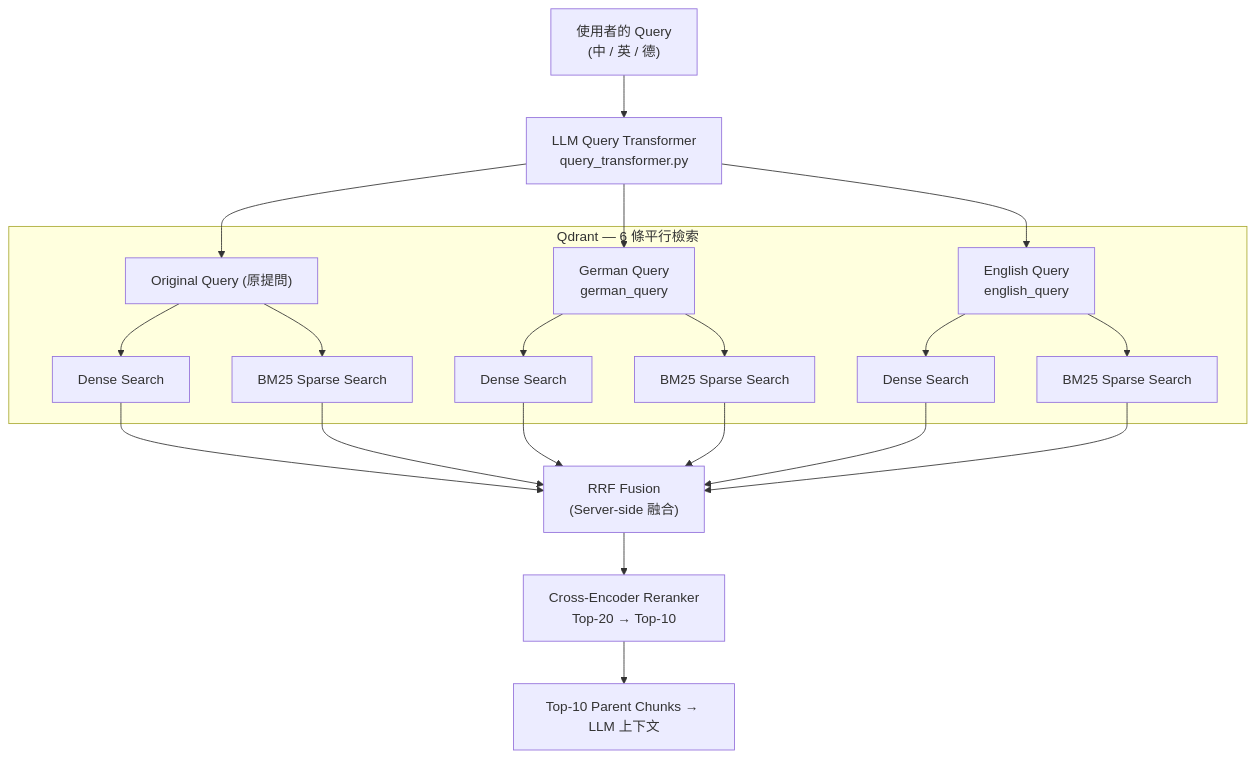
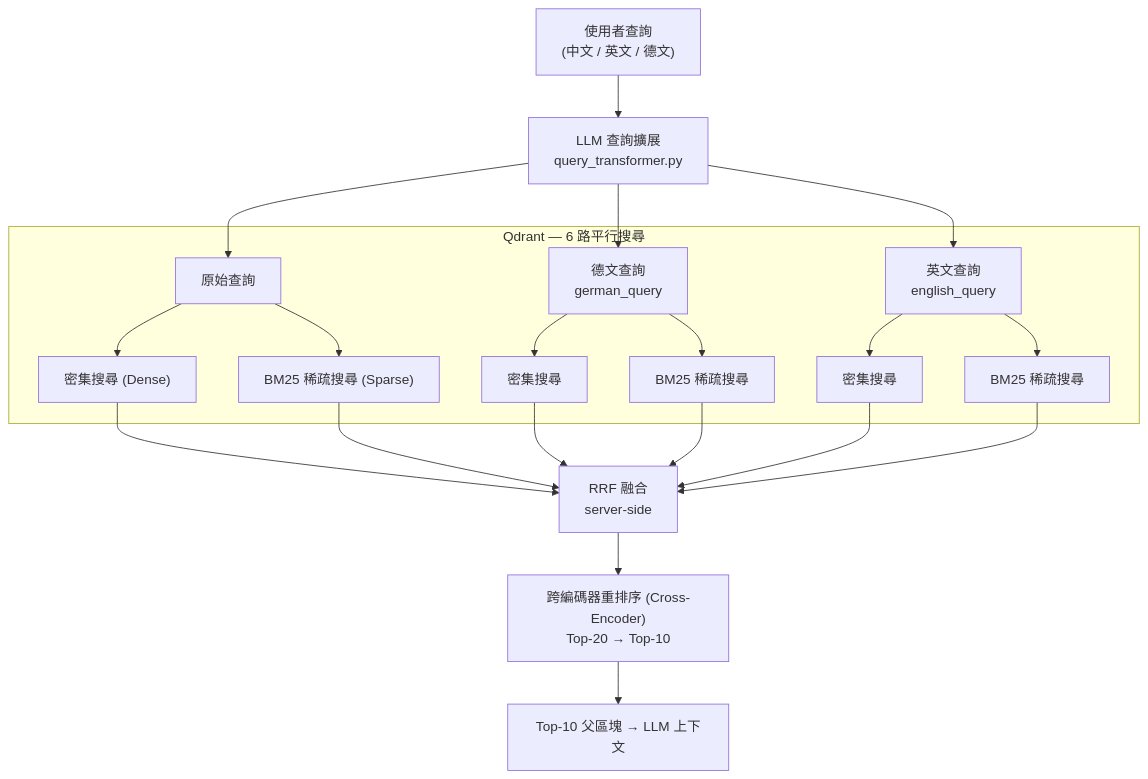
One commit to ToooAir/german-visa-rag changed the first of 2 diagrams in docs/design-decisions_TC.md. Above: the diagram before and after it, drawn with Mermaid. The commit also changed other lines of this file and 2 other files, not shown here.

````diff
--- a/docs/design-decisions_TC.md
+++ b/docs/design-decisions_TC.md
@@ -54,23 +55,23 @@
 ```mermaid
 flowchart TD
-    Q["使用者的 Query\n(中 / 英 / 德)"]
-    QT["LLM Query Transformer\nquery_transformer.py"]
+    Q["使用者查詢\n(中文 / 英文 / 德文)"]
+    QT["LLM 查詢擴展\nquery_transformer.py"]
 
     Q --> QT
-    QT --> Q1["Original Query (原提問)"]
-    QT --> Q2["German Query\ngerman_query"]
-    QT --> Q3["English Query\nenglish_query"]
+    QT --> Q1["原始查詢"]
+    QT --> Q2["德文查詢\ngerman_query"]
+    QT --> Q3["英文查詢\nenglish_query"]
 
-    subgraph qdrant["Qdrant — 6 條平行檢索"]
-        Q1 --> D1["Dense Search"]
-        Q1 --> S1["BM25 Sparse Search"]
-        Q2 --> D2["Dense Search"]
-        Q2 --> S2["BM25 Sparse Search"]
-        Q3 --> D3["Dense Search"]
-        Q3 --> S3["BM25 Sparse Search"]
+    subgraph qdrant["Qdrant — 6 路平行搜尋"]
+        Q1 --> D1["密集搜尋 (Dense)"]
+        Q1 --> S1["BM25 稀疏搜尋 (Sparse)"]
+        Q2 --> D2["密集搜尋"]
+        Q2 --> S2["BM25 稀疏搜尋"]
+        Q3 --> D3["密集搜尋"]
+        Q3 --> S3["BM25 稀疏搜尋"]
     end
 
-    D1 & D2 & D3 & S1 & S2 & S3 --> RRF["RRF Fusion\n(Server-side 融合)"]
-    RRF --> CE["Cross-Encoder Reranker\nTop-20 → Top-10"]
-    CE --> OUT["Top-10 Parent Chunks → LLM 上下文"]
+    D1 & D2 & D3 & S1 & S2 & S3 --> RRF["RRF 融合\nserver-side"]
+    RRF --> CE["跨編碼器重排序 (Cross-Encoder)\nTop-20 → Top-10"]
+    CE --> OUT["Top-10 父區塊 → LLM 上下文"]
 ```
````
